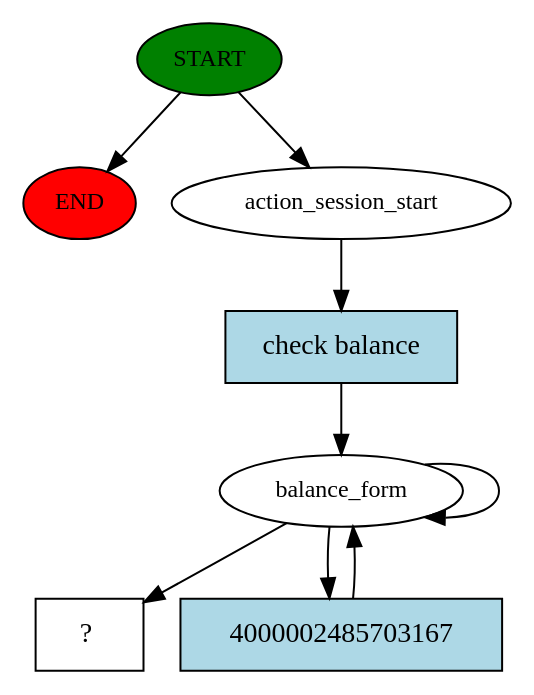
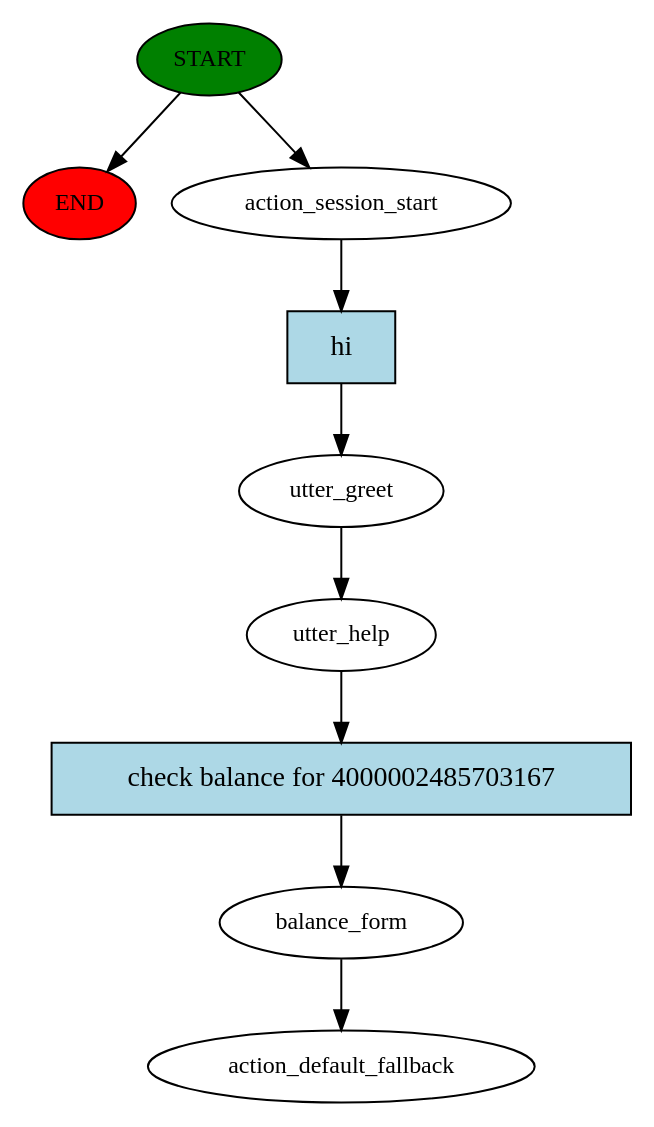
Before and after one commit to rajaduraisingam/rasa_demo: the diagram in story_graph.dot, drawn with Graphviz. The commit also changed 42 other files, not shown here.

Commit message:
Form Action

```diff
--- a/story_graph.dot
+++ b/story_graph.dot
@@ -1,17 +1,19 @@
 digraph  {
 0 [class="start active", fillcolor=green, fontsize=12, label=START, style=filled];
 "-1" [class=end, fillcolor=red, fontsize=12, label=END, style=filled];
 1 [class=active, fontsize=12, label=action_session_start];
-2 [class=active, fontsize=12, label=balance_form];
-5 [class="intent dashed active", label="  ?  ", shape=rect];
-6 [class="intent active", fillcolor=lightblue, label="check balance", shape=rect, style=filled];
-7 [class="intent active", fillcolor=lightblue, label=4000002485703167, shape=rect, style=filled];
+2 [class=active, fontsize=12, label=utter_greet];
+3 [class=active, fontsize=12, label=utter_help];
+4 [class=active, fontsize=12, label=balance_form];
+5 [class="dashed active", fontsize=12, label=action_default_fallback];
+6 [class="intent active", fillcolor=lightblue, label=hi, shape=rect, style=filled];
+7 [class="intent active", fillcolor=lightblue, label="check balance for 4000002485703167", shape=rect, style=filled];
 0 -> "-1"  [class="", key=NONE, label=""];
 0 -> 1  [class=active, key=NONE, label=""];
 1 -> 6  [class=active, key=0];
-2 -> 2  [class=active, key=NONE, label=""];
-2 -> 5  [class=active, key=NONE, label=""];
-2 -> 7  [class=active, key=0];
+2 -> 3  [class=active, key=NONE, label=""];
+3 -> 7  [class=active, key=0];
+4 -> 5  [class=active, key=NONE, label=""];
 6 -> 2  [class=active, key=0];
-7 -> 2  [class=active, key=0];
+7 -> 4  [class=active, key=0];
 }
```
